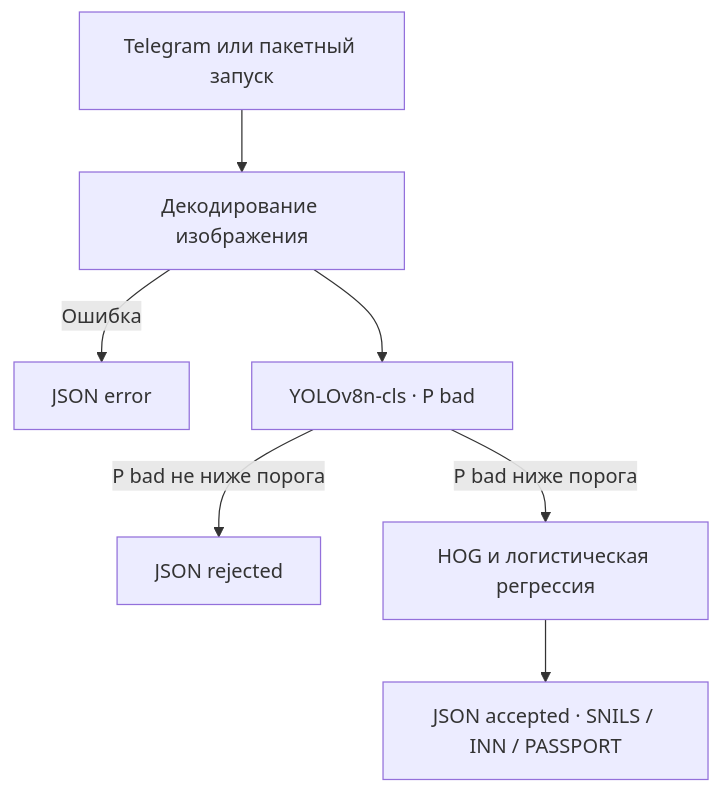
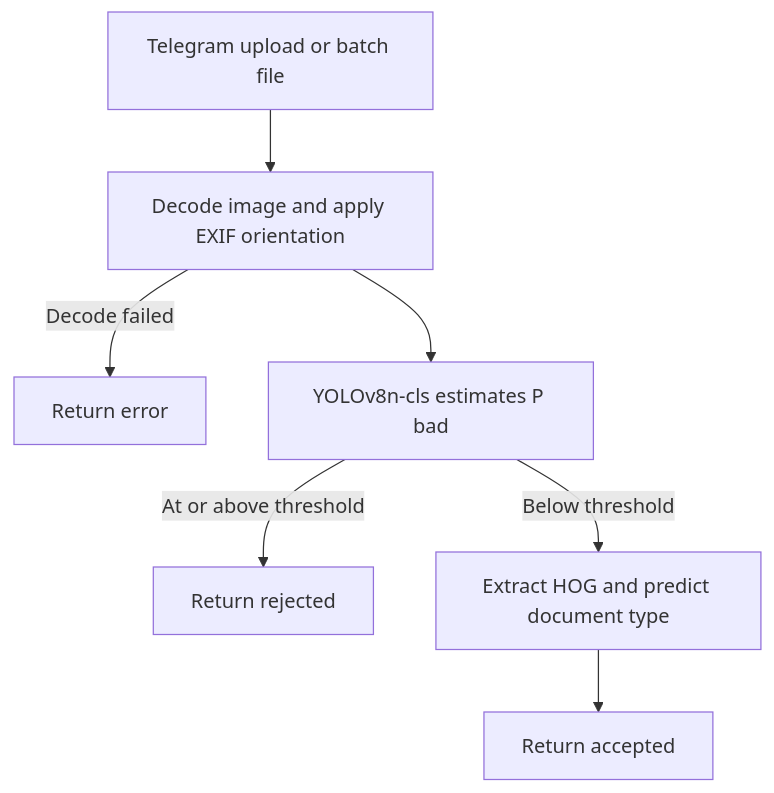
The diagram in 7 practice/README.md (VladislavZherikhov/Project_management_Zherikhow), drawn with Mermaid before and after one commit. The commit also changed other lines of this file and 1 other file, not shown here.

Commit message:
Document Practice 7 in English and translate the bot

````diff
--- a/7 practice/README.md
+++ b/7 practice/README.md
@@ -5,9 +20,9 @@
 ```mermaid
 flowchart TD
-    A[Telegram или пакетный запуск] --> B[Декодирование изображения]
-    B -->|Ошибка| E[JSON error]
-    B --> Q[YOLOv8n-cls · P bad]
-    Q -->|P bad не ниже порога| R[JSON rejected]
-    Q -->|P bad ниже порога| C[HOG и логистическая регрессия]
-    C --> D[JSON accepted · SNILS / INN / PASSPORT]
+    A[Telegram upload or batch file] --> B[Decode image and apply EXIF orientation]
+    B -->|Decode failed| E[Return error]
+    B --> Q[YOLOv8n-cls estimates P bad]
+    Q -->|At or above threshold| R[Return rejected]
+    Q -->|Below threshold| C[Extract HOG and predict document type]
+    C --> D[Return accepted]
 ```
````
